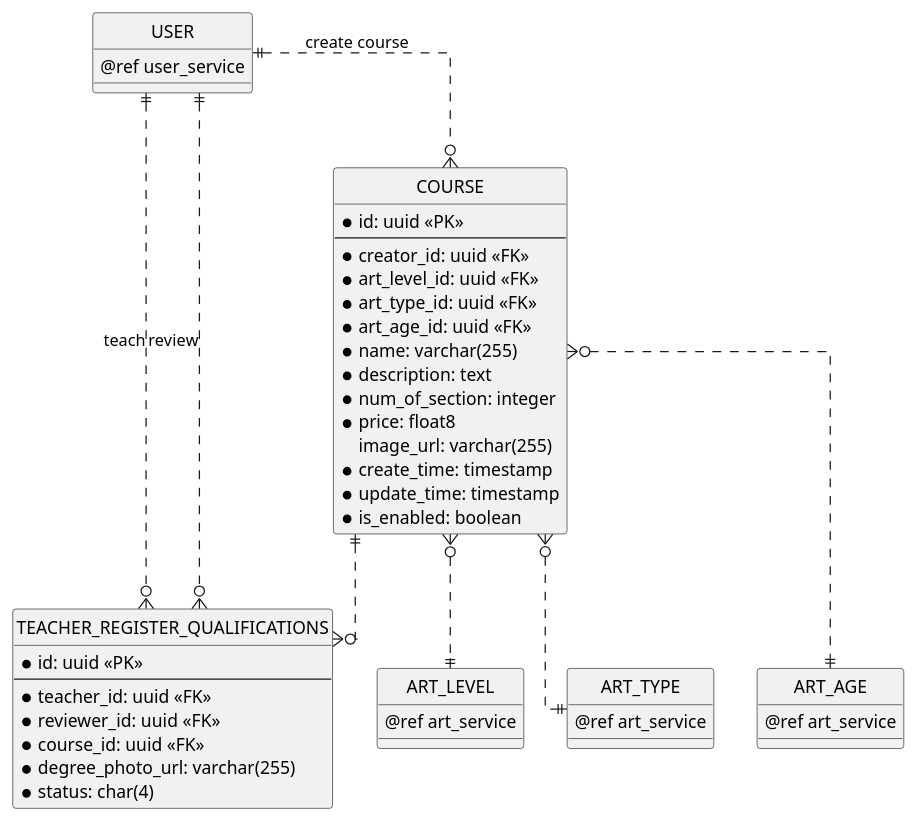
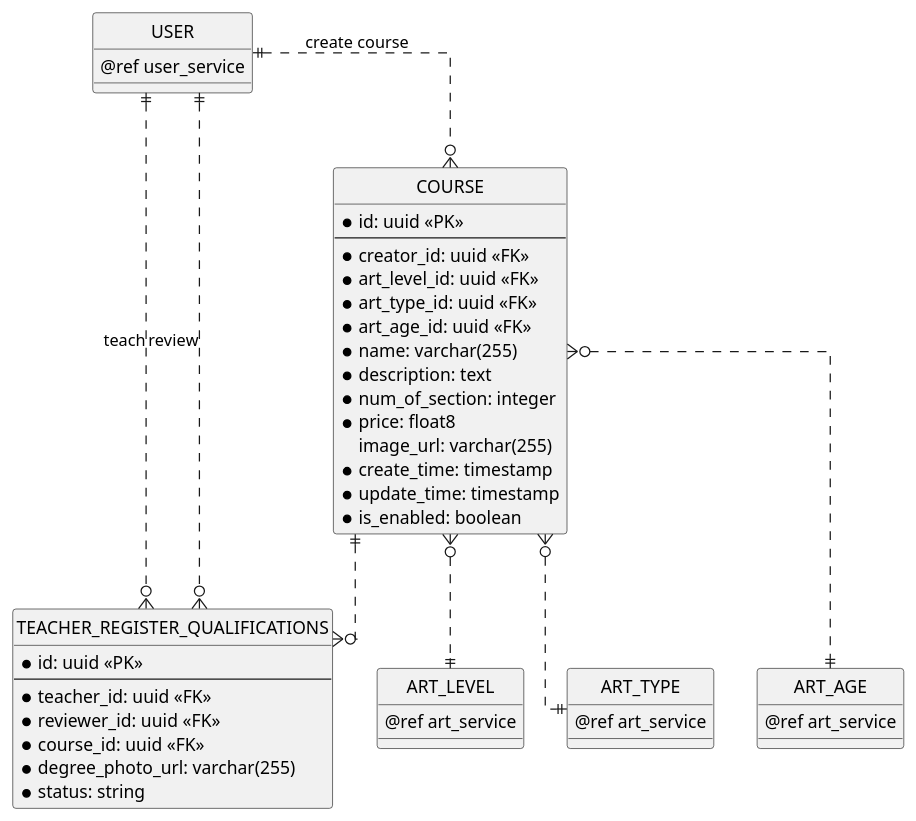
Before and after one commit to chungnguyenbkcse/ERD-USECASE-KIDSDRAWING: the fourth of 12 diagrams in erd.md, drawn with PlantUML. The commit also changed other lines of this file and 1 other file, not shown here.

````diff
--- a/erd.md
+++ b/erd.md
@@ -182,63 +182,63 @@
 ```plantuml
 @startuml course_service
 ' hide the spot
 hide circle
 
 ' avoid problems with angled crows feet
 skinparam linetype ortho
 
 entity "USER" as user {
     @ref user_service
 }
 
 entity "ART_LEVEL" as art_level {
     @ref art_service
 }
 
 entity "ART_TYPE" as art_type {
     @ref art_service
 }
 
 entity "ART_AGE" as art_age {
     @ref art_service
 }
 
 entity "TEACHER_REGISTER_QUALIFICATIONS" as teacher_register_qualification {
     * id: uuid <<PK>>
     --
     * teacher_id: uuid <<FK>>
     * reviewer_id: uuid <<FK>>
     * course_id: uuid <<FK>>
     * degree_photo_url: varchar(255)
-    * status: char(4)
+    * status: string
 }
 
 entity "COURSE" as course {
     * id: uuid <<PK>>
     --
     * creator_id: uuid <<FK>>
     * art_level_id: uuid <<FK>>
     * art_type_id: uuid <<FK>>
     * art_age_id: uuid <<FK>>
     * name: varchar(255)
     * description: text
     * num_of_section: integer
     * price: float8
     image_url: varchar(255)
     * create_time: timestamp
     * update_time: timestamp
     * is_enabled: boolean
 }
 
 
 ' Course Relationship
 
 user ||..o{ course: create course
 user ||..o{ teacher_register_qualification: teach
 user ||..o{ teacher_register_qualification: review
 course ||..o{ teacher_register_qualification
 course }o..|| art_level
 course }o..|| art_type
 course }o..|| art_age
 @enduml
 ```
````
